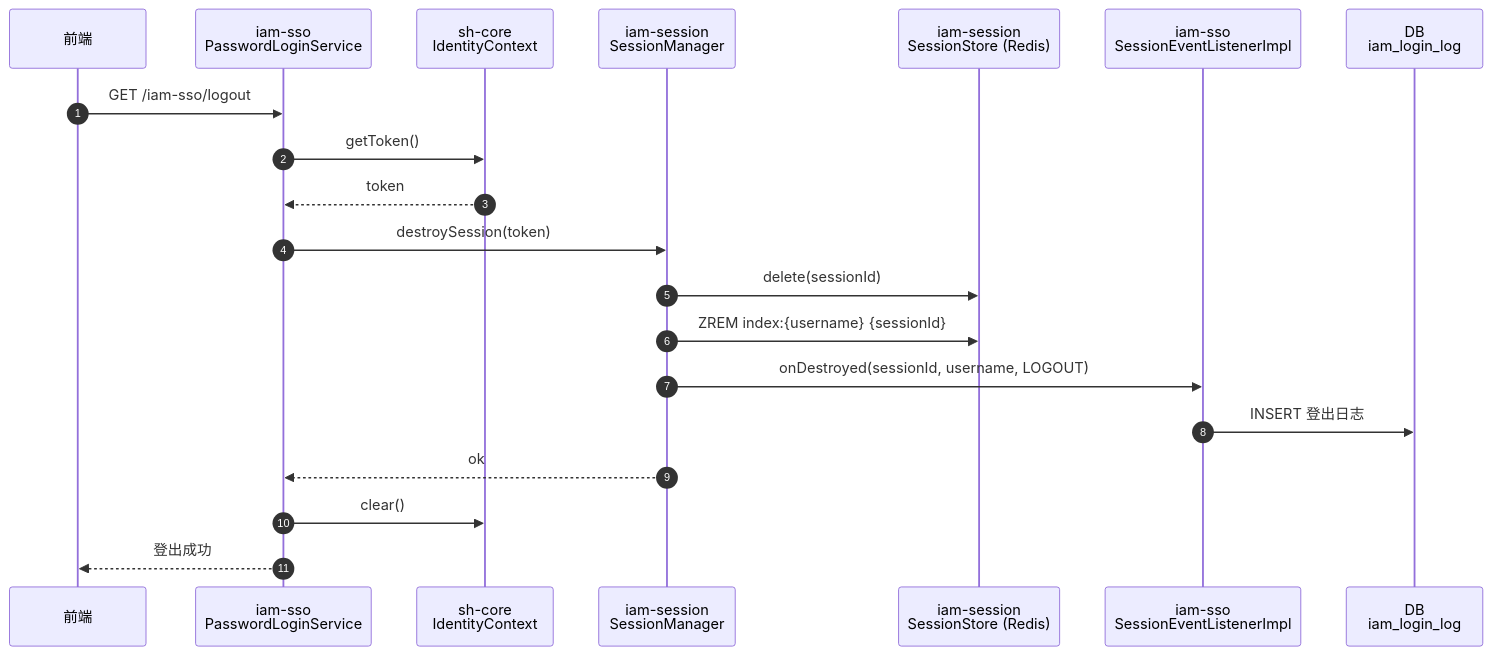
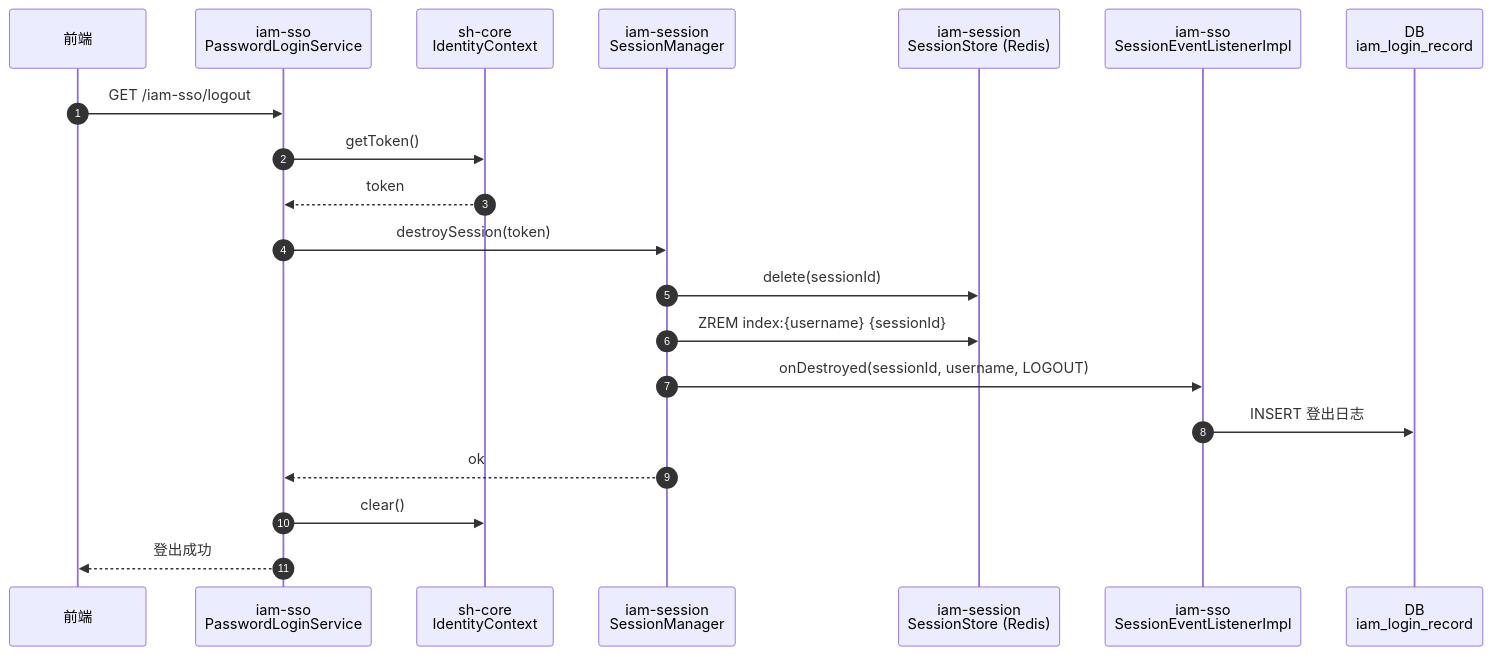
One commit to shrimp-group/sh-iam changed the third of 5 diagrams in docs/design/session-design.md. Above: the diagram before and after it, drawn with Mermaid. The commit also changed other lines of this file and 55 other files, not shown here.

````diff
--- a/docs/design/session-design.md
+++ b/docs/design/session-design.md
@@ -449,22 +449,22 @@
 ```mermaid
 sequenceDiagram
     autonumber
     participant Client as 前端
     participant SSO as iam-sso<br/>PasswordLoginService
     participant Identity as sh-core<br/>IdentityContext
     participant Session as iam-session<br/>SessionManager
     participant Store as iam-session<br/>SessionStore (Redis)
     participant Listener as iam-sso<br/>SessionEventListenerImpl
-    participant LogDB as DB<br/>iam_login_log
+    participant LogDB as DB<br/>iam_login_record
     Client ->> SSO: GET /iam-sso/logout
     SSO ->> Identity: getToken()
     Identity -->> SSO: token
     SSO ->> Session: destroySession(token)
     Session ->> Store: delete(sessionId)
     Session ->> Store: ZREM index:{username} {sessionId}
     Session ->> Listener: onDestroyed(sessionId, username, LOGOUT)
     Listener ->> LogDB: INSERT 登出日志
     Session -->> SSO: ok
     SSO ->> Identity: clear()
     SSO -->> Client: 登出成功
 ```
````
